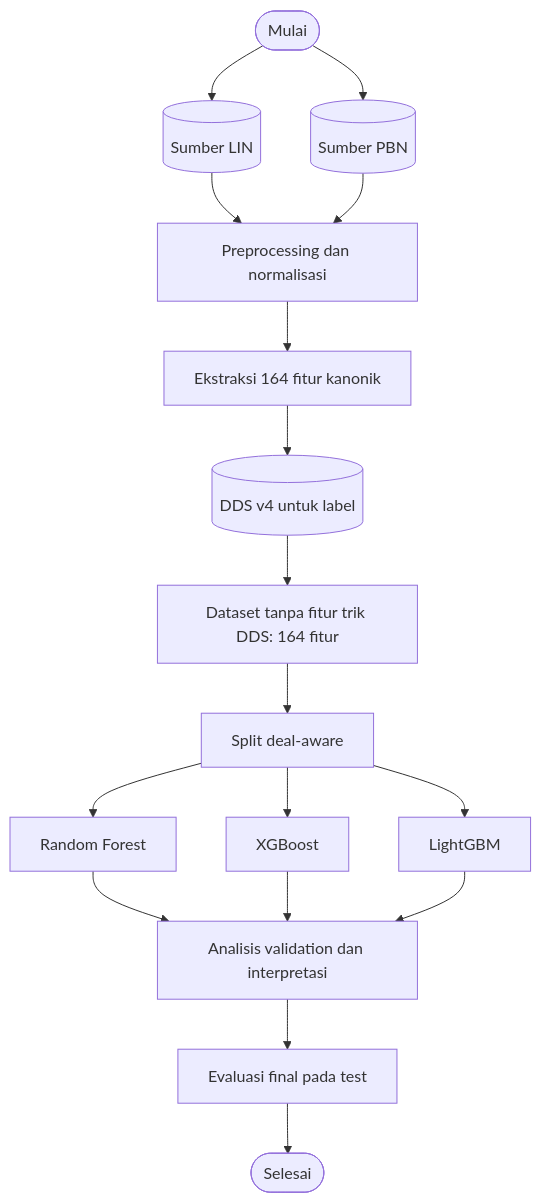
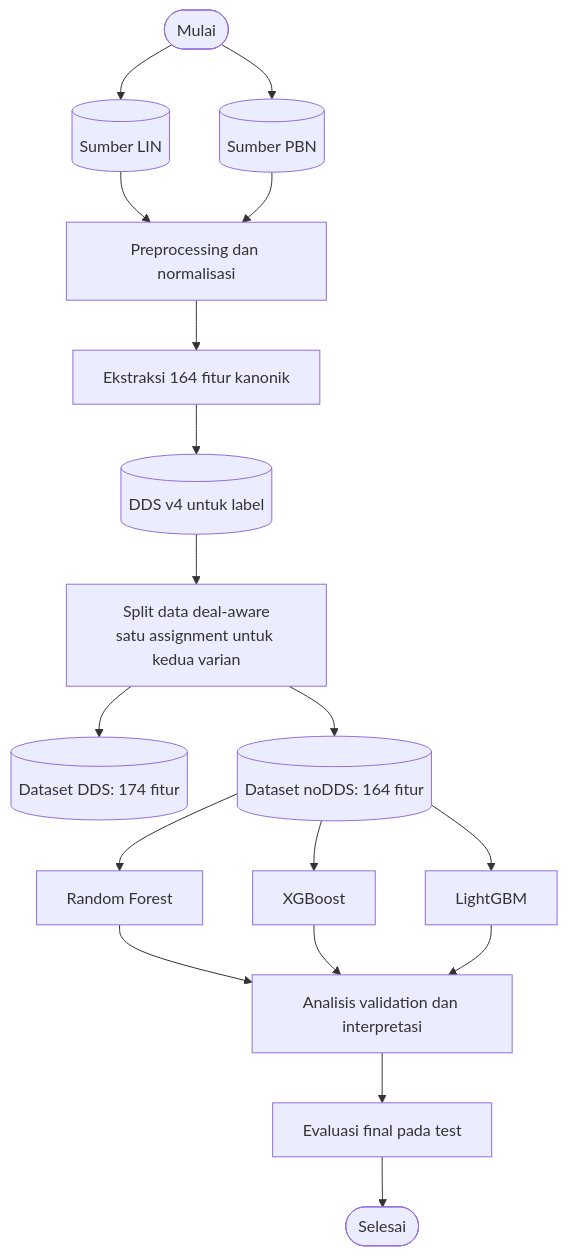
The diagram in docs/ARCHITECTURE.md (Cattelll/Bridge-Prediction), drawn with Mermaid before and after one commit. The commit also changed other lines of this file and 23 other files, not shown here.

````diff
--- a/docs/ARCHITECTURE.md
+++ b/docs/ARCHITECTURE.md
@@ -9,19 +9,20 @@
 ```mermaid
 flowchart TD
   A([Mulai]) --> B1[(Sumber LIN)]
   A --> B2[(Sumber PBN)]
   B1 --> C[Preprocessing dan normalisasi]
   B2 --> C
   C --> D[Ekstraksi 164 fitur kanonik]
   D --> E[(DDS v4 untuk label)]
-  E --> F[Dataset tanpa fitur trik DDS: 164 fitur]
-  F --> G[Split deal-aware]
-  G --> H1[Random Forest]
-  G --> H2[XGBoost]
-  G --> H3[LightGBM]
+  E --> F[Split data deal-aware<br/>satu assignment untuk kedua varian]
+  F --> F1[(Dataset DDS: 174 fitur)]
+  F --> F2[(Dataset noDDS: 164 fitur)]
+  F2 --> H1[Random Forest]
+  F2 --> H2[XGBoost]
+  F2 --> H3[LightGBM]
   H1 --> I[Analisis validation dan interpretasi]
   H2 --> I
   H3 --> I
   I --> J[Evaluasi final pada test]
   J --> K([Selesai])
 ```
````
